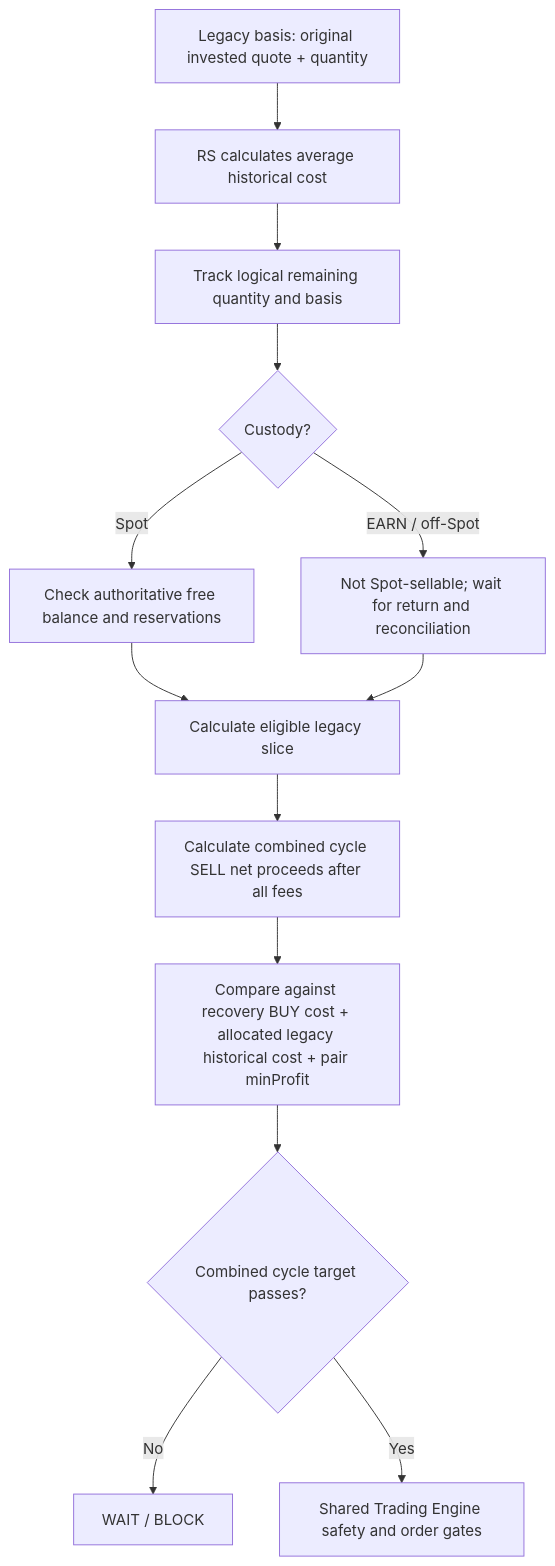
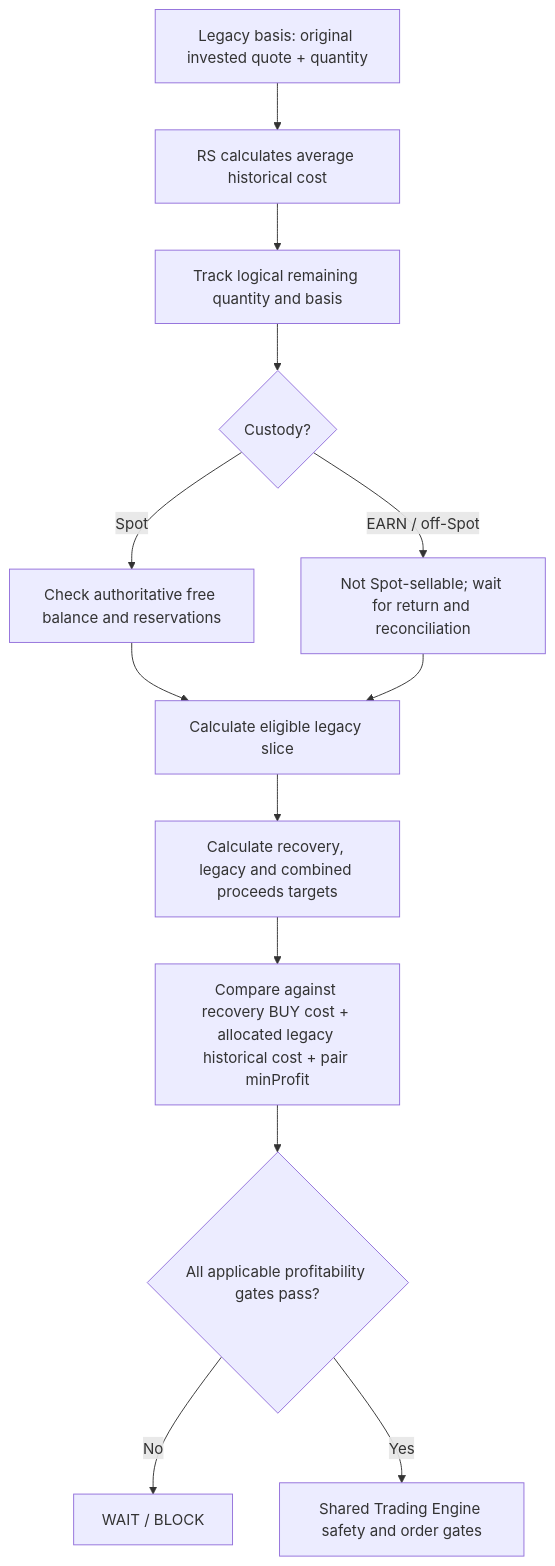
The second of 2 diagrams in apps/harvester/docs/domain/recovery-seller-implementation-roadmap.md (45s/coinzilla), drawn with Mermaid before and after one commit. The commit also changed other lines of this file, not shown here.

```diff
--- a/apps/harvester/docs/domain/recovery-seller-implementation-roadmap.md
+++ b/apps/harvester/docs/domain/recovery-seller-implementation-roadmap.md
@@ -303,15 +314,15 @@
 ~~~mermaid
 flowchart TD
   A["Legacy basis: original invested quote + quantity"] --> B["RS calculates average historical cost"]
   B --> C["Track logical remaining quantity and basis"]
   C --> D{"Custody?"}
   D -->|"Spot"| E["Check authoritative free balance and reservations"]
   D -->|"EARN / off-Spot"| F["Not Spot-sellable; wait for return and reconciliation"]
   E --> G["Calculate eligible legacy slice"]
   F --> G
-  G --> H["Calculate combined cycle SELL net proceeds after all fees"]
+  G --> H["Calculate recovery, legacy and combined proceeds targets"]
   H --> I["Compare against recovery BUY cost + allocated legacy historical cost + pair minProfit"]
-  I --> J{"Combined cycle target passes?"}
+  I --> J{"All applicable profitability gates pass?"}
   J -->|"No"| X["WAIT / BLOCK"]
   J -->|"Yes"| K["Shared Trading Engine safety and order gates"]
 ~~~
```
